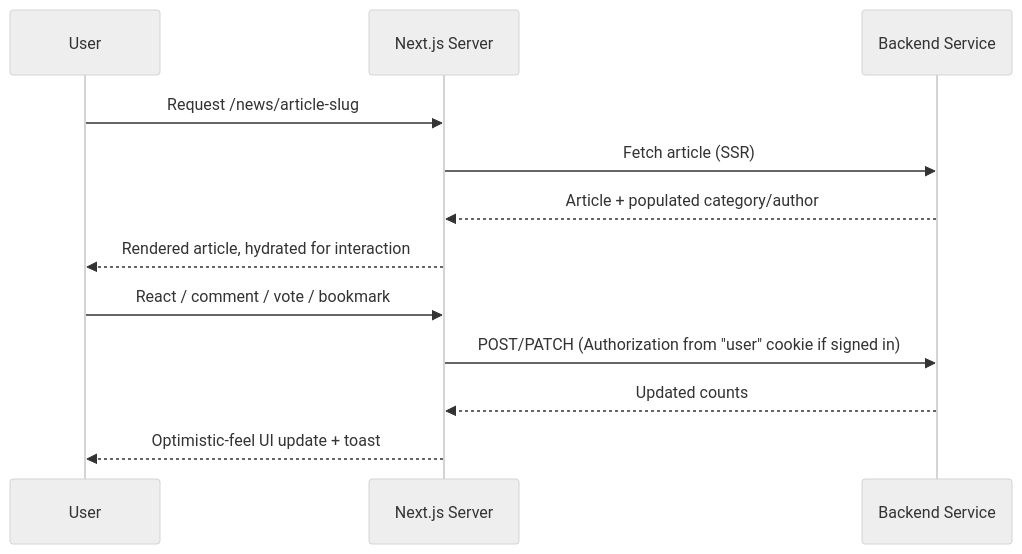
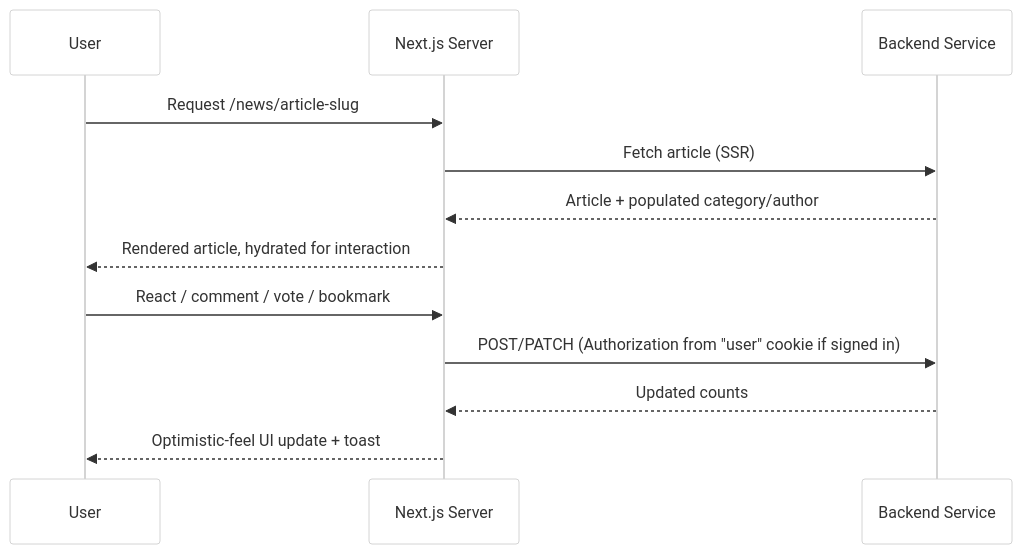
Before and after one commit to foysalahmedmin/z-news: the fourth of 4 diagrams in apps/frontend/README.md, drawn with Mermaid. The commit also changed other lines of this file and 2 other files, not shown here.

First line of the commit message:
docs: transparent diagram backgrounds for dark-mode; restore mindmap layout

````diff
--- a/apps/frontend/README.md
+++ b/apps/frontend/README.md
@@ -262,17 +262,17 @@
 ```mermaid
-%%{init: {'theme': 'neutral', 'themeVariables': {'primaryColor': '#ffffff', 'primaryBorderColor': '#333333', 'primaryTextColor': '#111111', 'lineColor': '#555555', 'secondaryColor': '#f5f5f5', 'tertiaryColor': '#e5e5e5'}}}%%
+%%{init: {'theme': 'neutral', 'themeVariables': {'primaryColor': 'transparent', 'primaryBorderColor': '#6b7280', 'primaryTextColor': '#6b7280', 'lineColor': '#6b7280', 'secondaryColor': 'transparent', 'tertiaryColor': 'transparent', 'mainBkg': 'transparent', 'background': 'transparent', 'nodeBorder': '#6b7280', 'clusterBkg': 'transparent', 'clusterBorder': '#6b7280', 'edgeLabelBackground': 'transparent', 'cScale0': 'transparent', 'cScale1': 'transparent', 'cScale2': 'transparent', 'cScale3': 'transparent', 'cScale4': 'transparent', 'cScale5': 'transparent', 'cScale6': 'transparent', 'cScale7': 'transparent', 'cScale8': 'transparent', 'cScale9': 'transparent', 'cScale10': 'transparent', 'cScale11': 'transparent', 'cScaleLabel0': '#6b7280', 'cScaleLabel1': '#6b7280', 'cScaleLabel2': '#6b7280', 'cScaleLabel3': '#6b7280', 'cScaleLabel4': '#6b7280', 'cScaleLabel5': '#6b7280', 'cScaleLabel6': '#6b7280', 'cScaleLabel7': '#6b7280', 'cScaleLabel8': '#6b7280', 'cScaleLabel9': '#6b7280', 'cScaleLabel10': '#6b7280', 'cScaleLabel11': '#6b7280'}}}%%
 sequenceDiagram
     participant User
     participant Next as Next.js Server
     participant API as Backend Service
 
     User->>Next: Request /news/article-slug
     Next->>API: Fetch article (SSR)
     API-->>Next: Article + populated category/author
     Next-->>User: Rendered article, hydrated for interaction
 
     User->>Next: React / comment / vote / bookmark
     Next->>API: POST/PATCH (Authorization from "user" cookie if signed in)
     API-->>Next: Updated counts
     Next-->>User: Optimistic-feel UI update + toast
 ```
````
